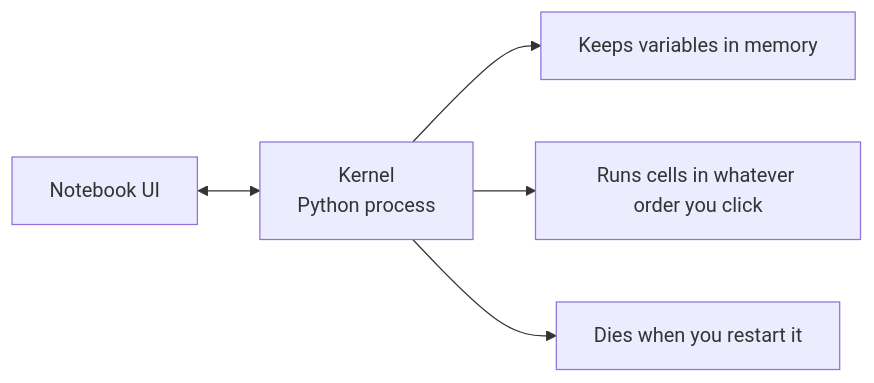
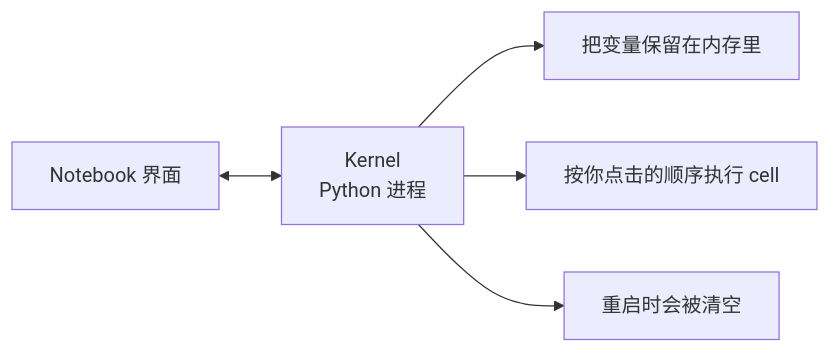
Before and after one commit to JerryC8080/ai-engineering-from-scratch-zh: the second of 2 diagrams in phases/00-setup-and-tooling/05-jupyter-notebooks/docs/zh.md, drawn with Mermaid. The commit also changed other lines of this file and 156 other files, not shown here.

First line of the commit message:
i18n(zh): translate mermaid diagram labels in 157 lesson zh.md

````diff
--- a/phases/00-setup-and-tooling/05-jupyter-notebooks/docs/zh.md
+++ b/phases/00-setup-and-tooling/05-jupyter-notebooks/docs/zh.md
@@ -37,7 +37,7 @@
 ```mermaid
 graph LR
-    A[Notebook UI] <--> B[Kernel\nPython process]
-    B --> C[Keeps variables in memory]
-    B --> D[Runs cells in whatever order you click]
-    B --> E[Dies when you restart it]
+    A[Notebook 界面] <--> B[Kernel\nPython 进程]
+    B --> C[把变量保留在内存里]
+    B --> D[按你点击的顺序执行 cell]
+    B --> E[重启时会被清空]
 ```
````
